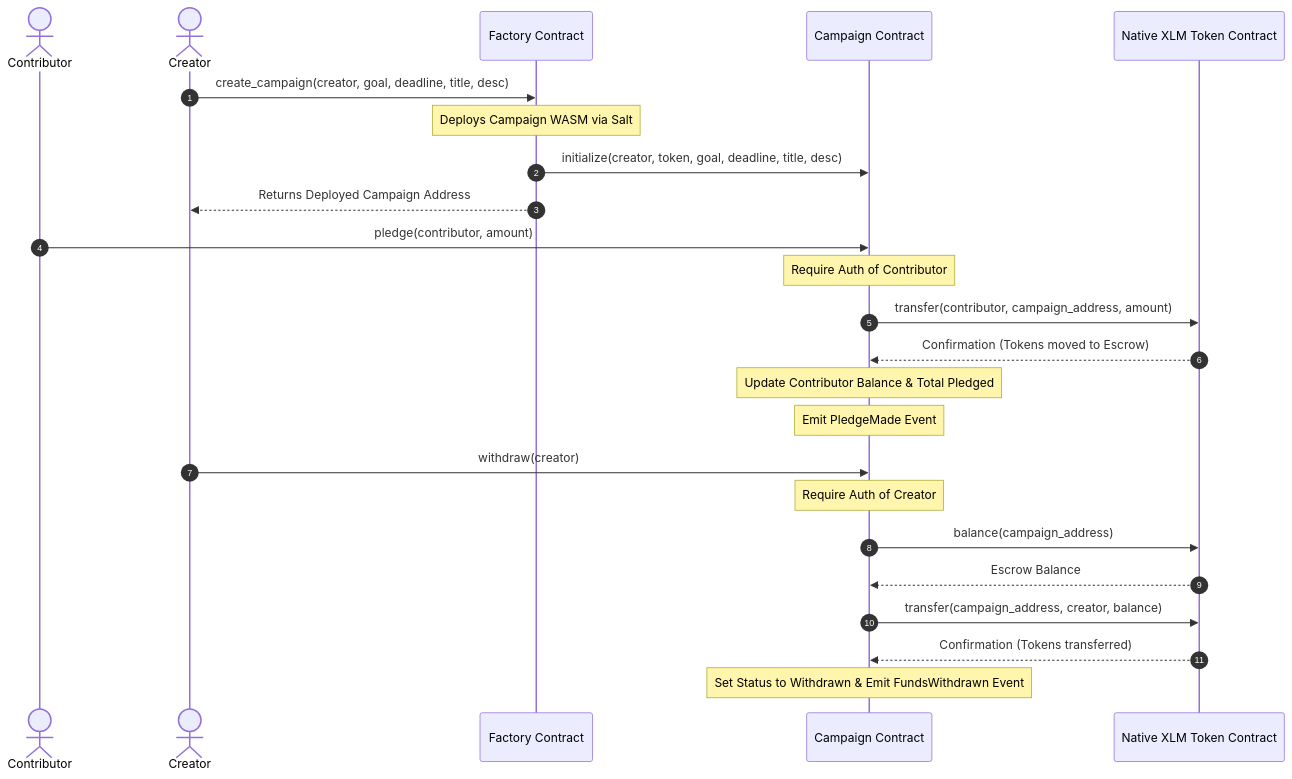
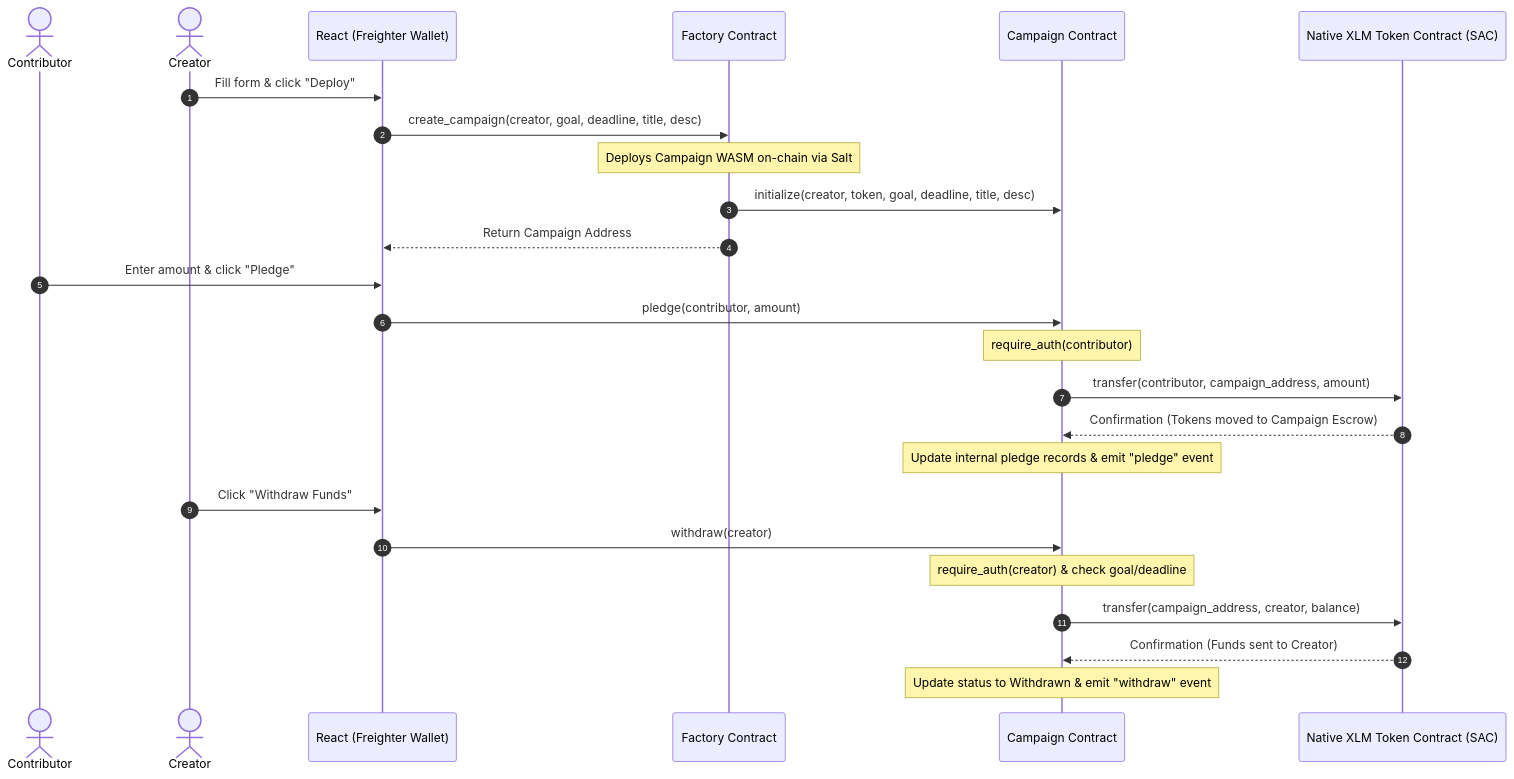
One commit to tandavibhole-stack/Crowfunding-Dapp changed the diagram in README.md. Above: the diagram before and after it, drawn with Mermaid. The commit also changed other lines of this file, not shown here.

Commit message:
docs: generate detailed hackathon-grade README with live addresses and schemas

````diff
--- a/README.md
+++ b/README.md
@@ -15,32 +28,33 @@
 ```mermaid
 sequenceDiagram
     autonumber
     actor Contributor
     actor Creator
+    participant Frontend as React (Freighter Wallet)
     participant Factory as Factory Contract
     participant Campaign as Campaign Contract
-    participant SAC as Native XLM Token Contract
+    participant SAC as Native XLM Token Contract (SAC)
 
-    %% Creation Flow
-    Creator->>Factory: create_campaign(creator, goal, deadline, title, desc)
-    Note over Factory: Deploys Campaign WASM via Salt
+    %% Deployment
+    Creator->>Frontend: Fill form & click "Deploy"
+    Frontend->>Factory: create_campaign(creator, goal, deadline, title, desc)
+    Note over Factory: Deploys Campaign WASM on-chain via Salt
     Factory->>Campaign: initialize(creator, token, goal, deadline, title, desc)
-    Factory-->>Creator: Returns Deployed Campaign Address
+    Factory-->>Frontend: Return Campaign Address
+    
+    %% Pledge
+    Contributor->>Frontend: Enter amount & click "Pledge"
+    Frontend->>Campaign: pledge(contributor, amount)
+    Note over Campaign: require_auth(contributor)
+    Campaign->>SAC: transfer(contributor, campaign_address, amount)
+    SAC-->>Campaign: Confirmation (Tokens moved to Campaign Escrow)
+    Note over Campaign: Update internal pledge records & emit "pledge" event
 
-    %% Pledge Flow
-    Contributor->>Campaign: pledge(contributor, amount)
-    Note over Campaign: Require Auth of Contributor
-    Campaign->>SAC: transfer(contributor, campaign_address, amount)
-    SAC-->>Campaign: Confirmation (Tokens moved to Escrow)
-    Note over Campaign: Update Contributor Balance & Total Pledged
-    Note over Campaign: Emit PledgeMade Event
-
-    %% Withdraw Flow (Goal Met & Deadline Passed)
-    Creator->>Campaign: withdraw(creator)
-    Note over Campaign: Require Auth of Creator
-    Campaign->>SAC: balance(campaign_address)
-    SAC-->>Campaign: Escrow Balance
+    %% Withdrawal (Goal Met)
+    Creator->>Frontend: Click "Withdraw Funds"
+    Frontend->>Campaign: withdraw(creator)
+    Note over Campaign: require_auth(creator) & check goal/deadline
     Campaign->>SAC: transfer(campaign_address, creator, balance)
-    SAC-->>Campaign: Confirmation (Tokens transferred)
-    Note over Campaign: Set Status to Withdrawn & Emit FundsWithdrawn Event
+    SAC-->>Campaign: Confirmation (Funds sent to Creator)
+    Note over Campaign: Update status to Withdrawn & emit "withdraw" event
 ```
````
